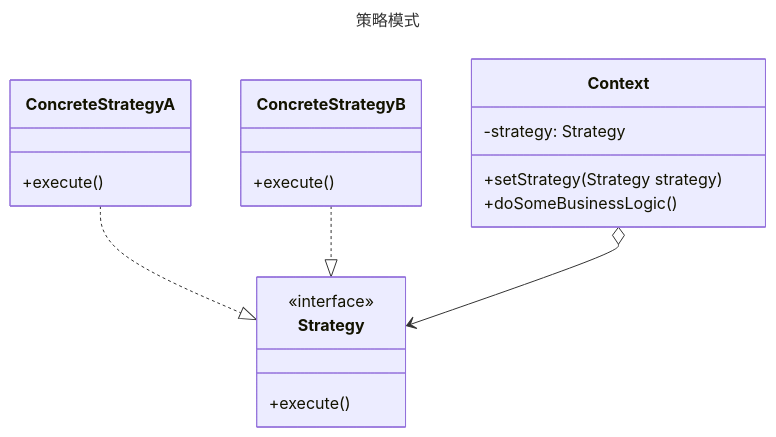
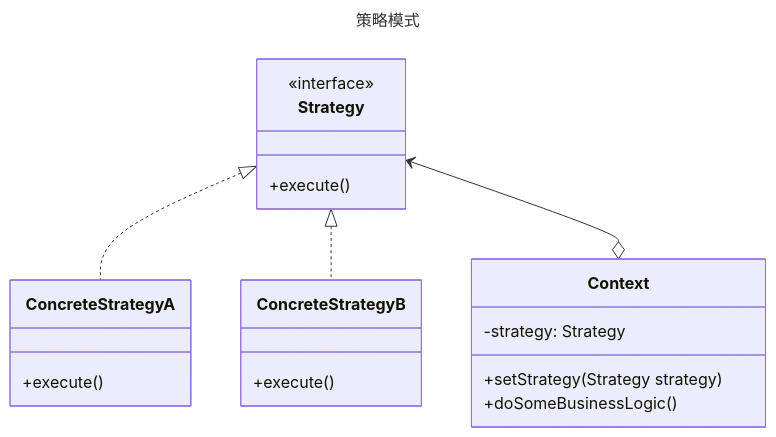
The diagram in strategy/README.md (fengyun89/typescript-design-patterns), drawn with Mermaid before and after one commit. The commit also changed 22 other files, not shown here.

Commit message:
行为型模式类图

````diff
--- a/strategy/README.md
+++ b/strategy/README.md
@@ -1,24 +1,24 @@
 ```mermaid
 ---
 title: 策略模式
 ---
 classDiagram
     class Strategy {
         <<interface>>
         +execute()
     }
     class ConcreteStrategyA {
         +execute()
     }
     class ConcreteStrategyB {
         +execute()
     }
     class Context {
         -strategy: Strategy
         +setStrategy(Strategy strategy)
         +doSomeBusinessLogic()
     }
-    ConcreteStrategyA ..|> Strategy
-    ConcreteStrategyB ..|> Strategy
-    Context o--> Strategy
+    Strategy <|.. ConcreteStrategyA 
+    Strategy <|.. ConcreteStrategyB 
+    Strategy <--o Context 
 ```
````
